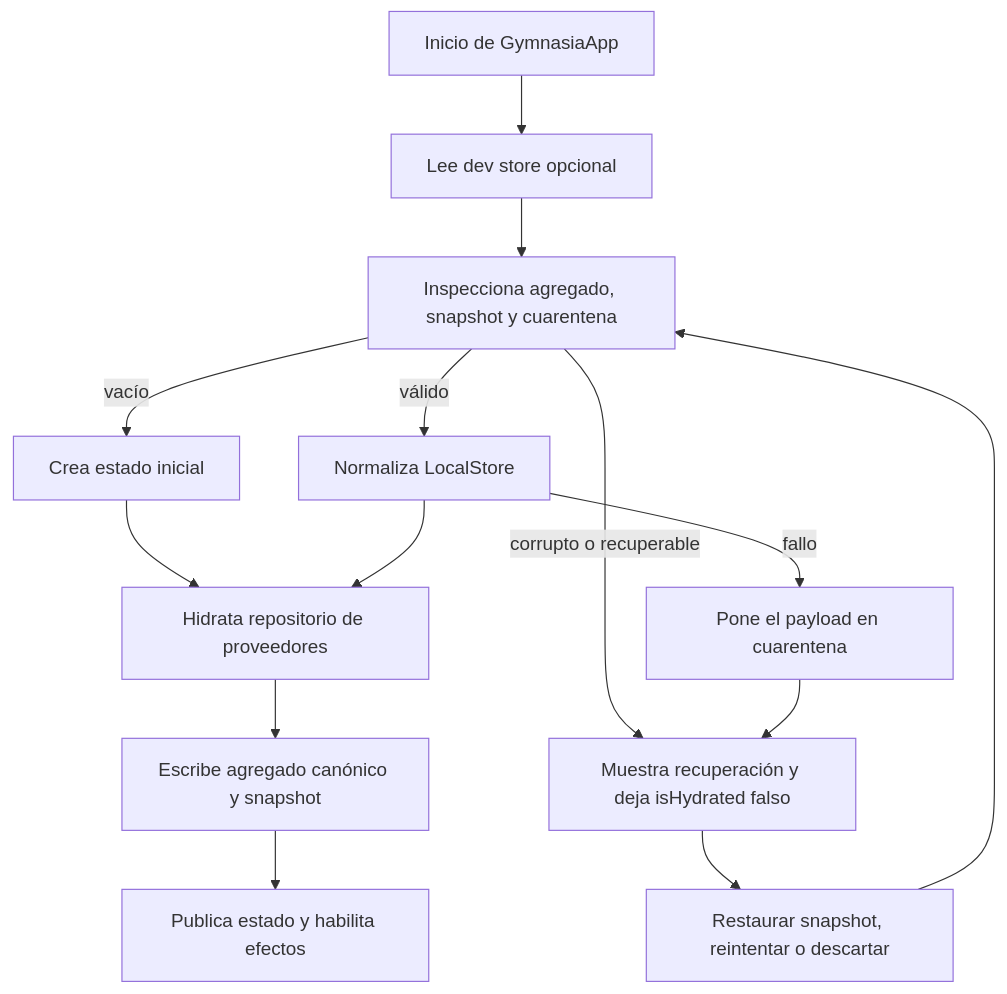
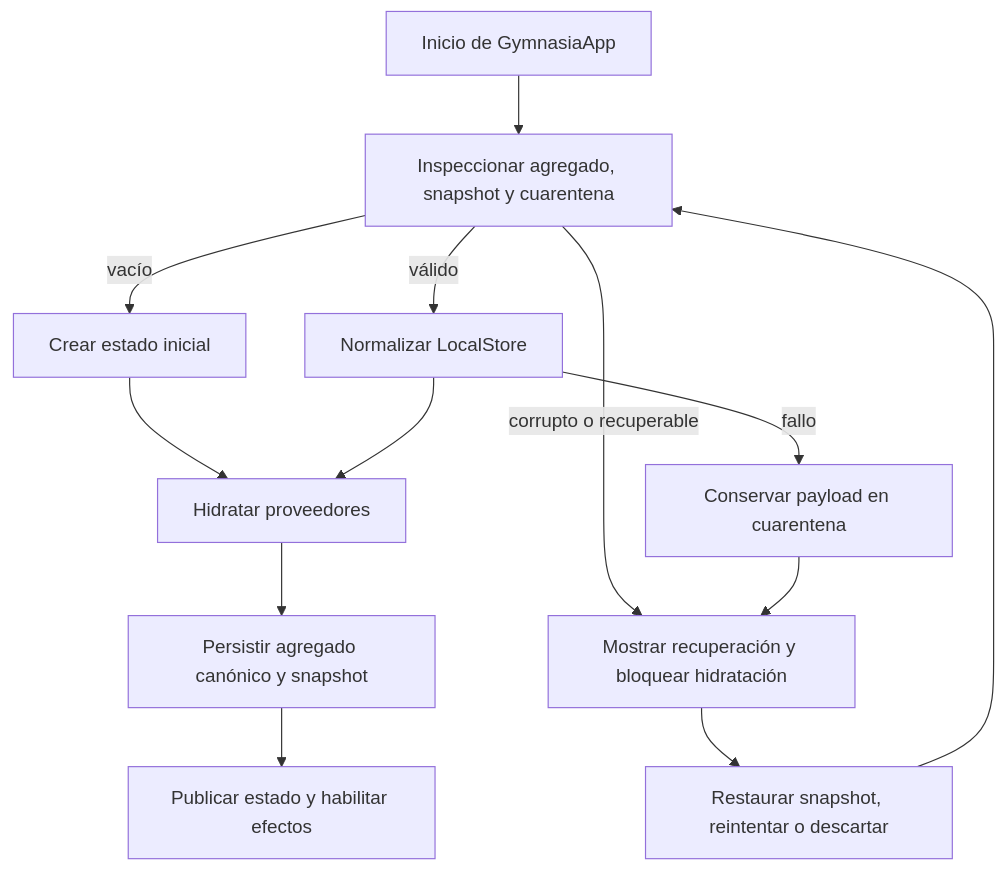
Before and after one commit to maximofn/gymnasia: the first of 2 diagrams in openwiki/mobile/local-state-and-backup.md, drawn with Mermaid. The commit also changed other lines of this file and 50 other files, not shown here.

````diff
--- a/openwiki/mobile/local-state-and-backup.md
+++ b/openwiki/mobile/local-state-and-backup.md
@@ -69,16 +69,15 @@
 ```mermaid
 flowchart TD
-  Boot["Inicio de GymnasiaApp"] --> Dev["Lee dev store opcional"]
-  Dev --> Inspect["Inspecciona agregado, snapshot y cuarentena"]
-  Inspect -->|"vacío"| Initial["Crea estado inicial"]
-  Inspect -->|"válido"| Normalize["Normaliza LocalStore"]
-  Inspect -->|"corrupto o recuperable"| Lock["Muestra recuperación y deja isHydrated falso"]
-  Normalize -->|"fallo"| Quarantine["Pone el payload en cuarentena"]
-  Quarantine --> Lock
-  Initial --> Providers["Hidrata repositorio de proveedores"]
+  Boot["Inicio de GymnasiaApp"] --> Inspect["Inspeccionar agregado, snapshot y cuarentena"]
+  Inspect -->|"vacío"| Initial["Crear estado inicial"]
+  Inspect -->|"válido"| Normalize["Normalizar LocalStore"]
+  Inspect -->|"corrupto o recuperable"| Locked["Mostrar recuperación y bloquear hidratación"]
+  Normalize -->|"fallo"| Quarantine["Conservar payload en cuarentena"]
+  Quarantine --> Locked
+  Initial --> Providers["Hidratar proveedores"]
   Normalize --> Providers
-  Providers --> Commit["Escribe agregado canónico y snapshot"]
-  Commit --> Ready["Publica estado y habilita efectos"]
-  Lock --> Restore["Restaurar snapshot, reintentar o descartar"]
-  Restore --> Inspect
+  Providers --> Commit["Persistir agregado canónico y snapshot"]
+  Commit --> Ready["Publicar estado y habilitar efectos"]
+  Locked --> Resolve["Restaurar snapshot, reintentar o descartar"]
+  Resolve --> Inspect
 ```
````
